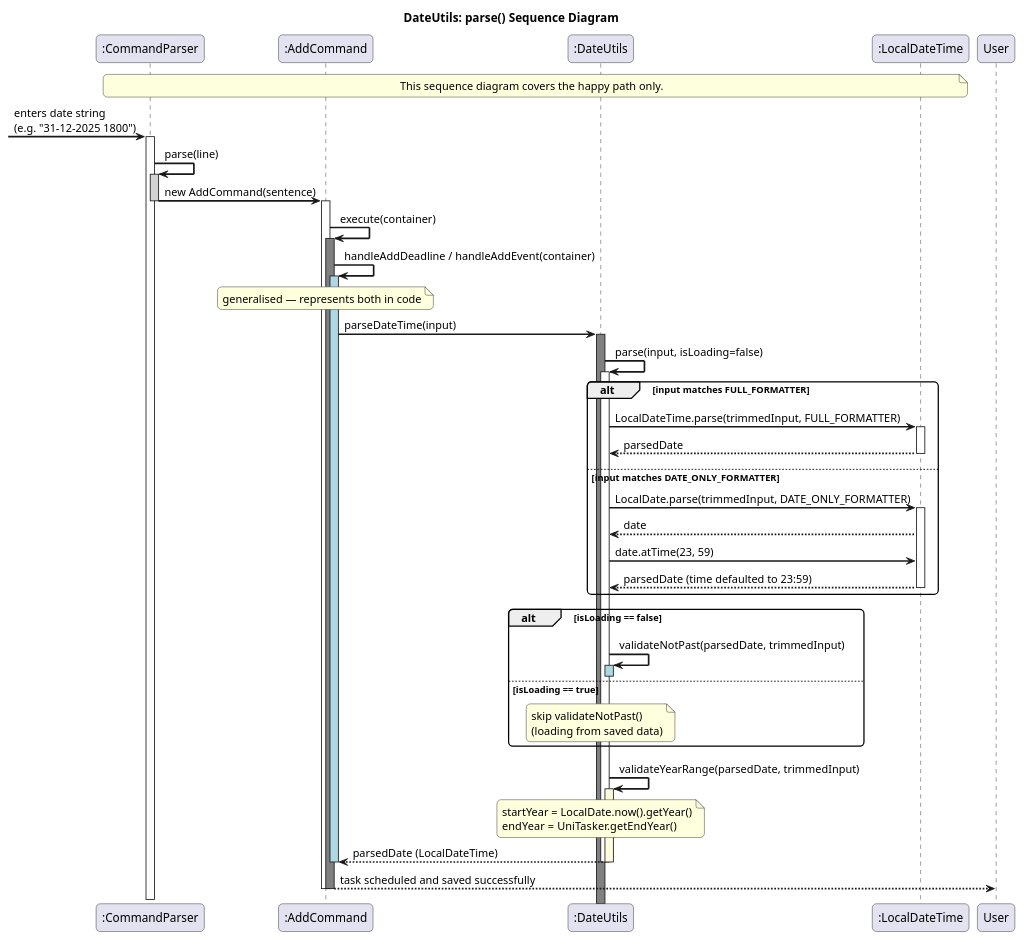
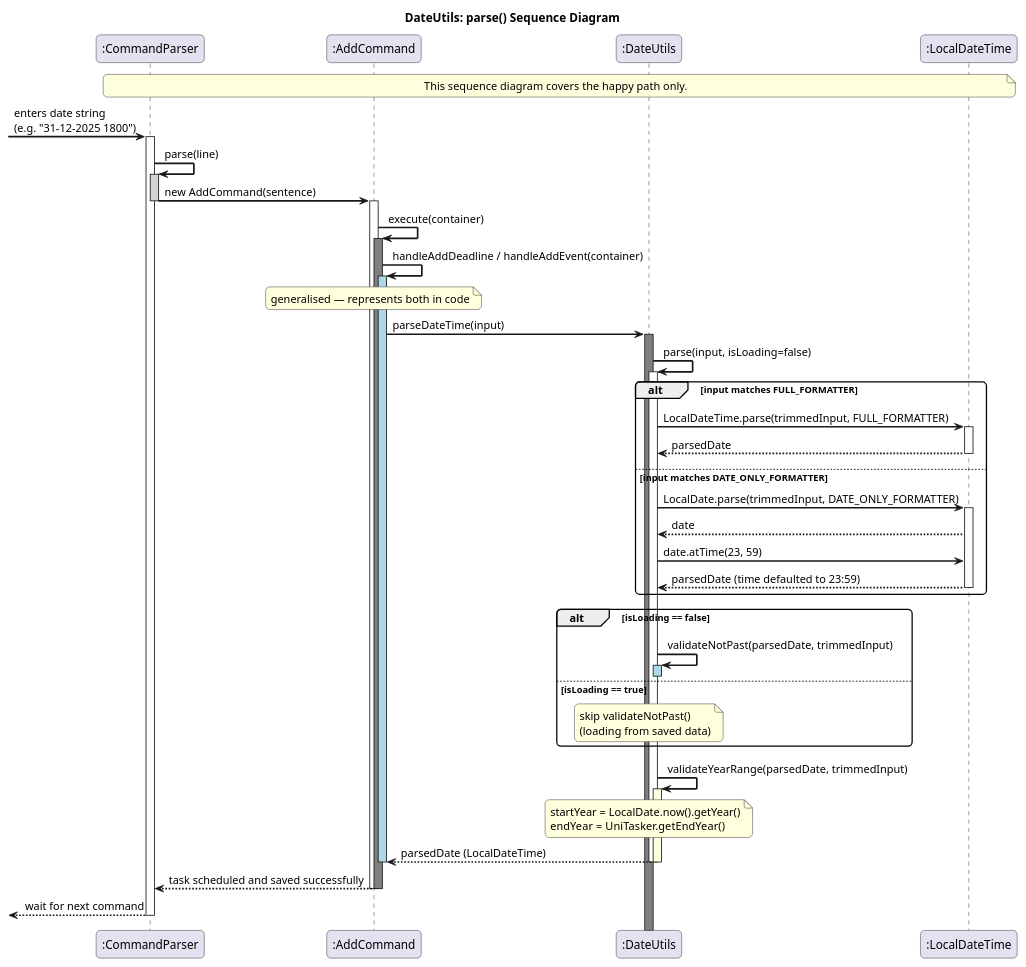
Before and after one commit to michaelshyam1/tp: the diagram in docs/puml/DateUtils.puml, drawn with PlantUML. The commit also changed 3 other files, not shown here.

Commit message:
Changes to UML sequence diagram

```diff
--- a/docs/puml/DateUtils.puml
+++ b/docs/puml/DateUtils.puml
@@ -1,76 +1,77 @@
 @startuml DateUtilsSequenceDiagram
 !pragma teoz true
 
 skinparam sequenceArrowThickness 2
 skinparam roundcorner 10
 
 title DateUtils: parse() Sequence Diagram
 
 participant ":CommandParser" as CP
 participant ":AddCommand" as AC
 participant ":DateUtils" as DU
 participant ":LocalDateTime" as LDT
 
 note over CP, LDT : This sequence diagram covers the happy path only.
 
 -> CP : enters date string\n(e.g. "31-12-2025 1800")
 activate CP
 
 CP -> CP : parse(line)
 activate CP #lightgray
 CP -> AC : new AddCommand(sentence)
 deactivate CP
 
 activate AC
 AC -> AC : execute(container)
 activate AC #gray
 
 AC -> AC : handleAddDeadline / handleAddEvent(container)
 activate AC #lightblue
 note over AC : generalised — represents both in code
 
 AC -> DU : parseDateTime(input)
 activate DU #gray
 
 DU -> DU : parse(input, isLoading=false)
 activate DU #white
 
 alt input matches FULL_FORMATTER
     DU -> LDT : LocalDateTime.parse(trimmedInput, FULL_FORMATTER)
     activate LDT
     LDT --> DU : parsedDate
     deactivate LDT
 
 else input matches DATE_ONLY_FORMATTER
     DU -> LDT : LocalDate.parse(trimmedInput, DATE_ONLY_FORMATTER)
     activate LDT
     LDT --> DU : date
     DU -> LDT : date.atTime(23, 59)
     LDT --> DU : parsedDate (time defaulted to 23:59)
     deactivate LDT
 end
 
 alt isLoading == false
     DU -> DU : validateNotPast(parsedDate, trimmedInput)
     activate DU #lightblue
     deactivate DU
 
 else isLoading == true
     note over DU : skip validateNotPast()\n(loading from saved data)
 end
 
 DU -> DU : validateYearRange(parsedDate, trimmedInput)
 activate DU #lightyellow
 note over DU : startYear = LocalDate.now().getYear()\nendYear = UniTasker.getEndYear()
 
 DU --> AC : parsedDate (LocalDateTime)
 deactivate DU
 deactivate DU
 deactivate AC
-AC --> User : task scheduled and saved successfully
+AC --> CP: task scheduled and saved successfully
 deactivate AC
 deactivate AC
+<-- CP: wait for next command
 
 deactivate CP
 
 @enduml
```
